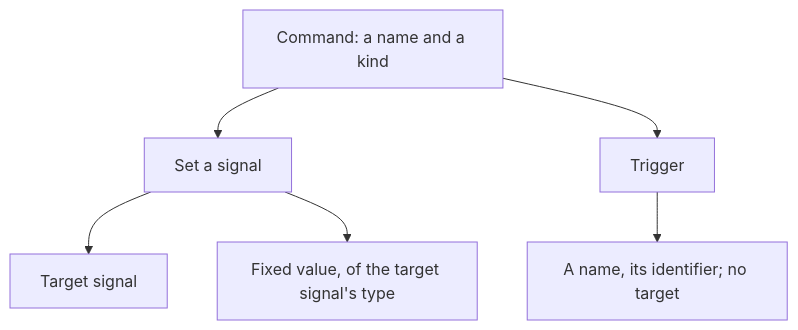
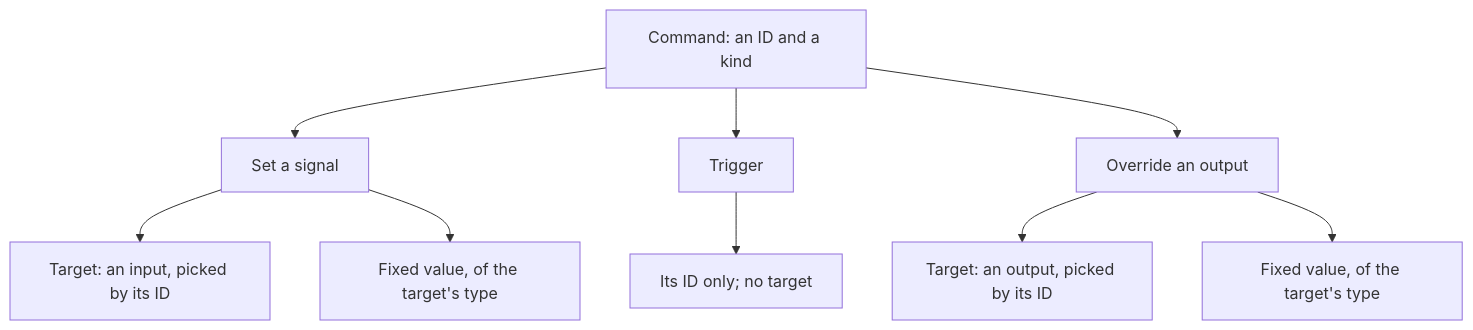
The first of 3 diagrams in metadata/07-commands.md (AlexandreGallais/synoptic-studio-spec), drawn with Mermaid before and after one commit. The commit also changed other lines of this file and 11 other files, not shown here.

````diff
--- a/metadata/07-commands.md
+++ b/metadata/07-commands.md
@@ -16,8 +17,11 @@
 ```mermaid
 flowchart TD
-    C["Command: a name and a kind"] --> S[Set a signal]
+    C["Command: an ID and a kind"] --> S[Set a signal]
     C --> E[Trigger]
-    S --> TS[Target signal]
-    S --> F["Fixed value, of the target signal's type"]
-    E --> N["A name, its identifier; no target"]
+    C --> O[Override an output]
+    S --> TS["Target: an input, picked by its ID"]
+    S --> F["Fixed value, of the target's type"]
+    E --> N["Its ID only; no target"]
+    O --> TO["Target: an output, picked by its ID"]
+    O --> FO["Fixed value, of the target's type"]
 ```
````
